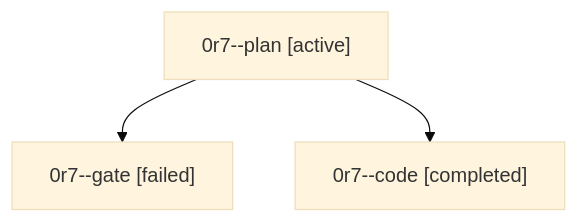
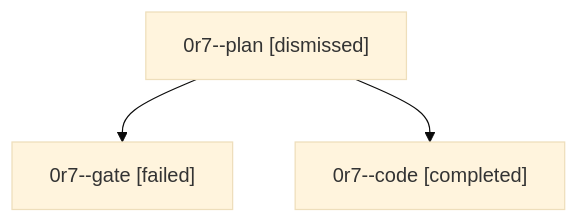
One commit to sase-org/sase--agents changed the diagram in sessions/bbugyi200.athena.0r7.md. Above: the diagram before and after it, drawn with Mermaid (base theme). The commit also changed other lines of this file and 28 other files, not shown here.

````diff
--- a/sessions/bbugyi200.athena.0r7.md
+++ b/sessions/bbugyi200.athena.0r7.md
@@ -9,8 +9,8 @@
 ```mermaid
 flowchart TD
-  n0["0r7--plan [active]"]
+  n0["0r7--plan [dismissed]"]
   n1["0r7--gate [failed]"]
   n0 --> n1
   n2["0r7--code [completed]"]
   n0 --> n2
 ```
````
